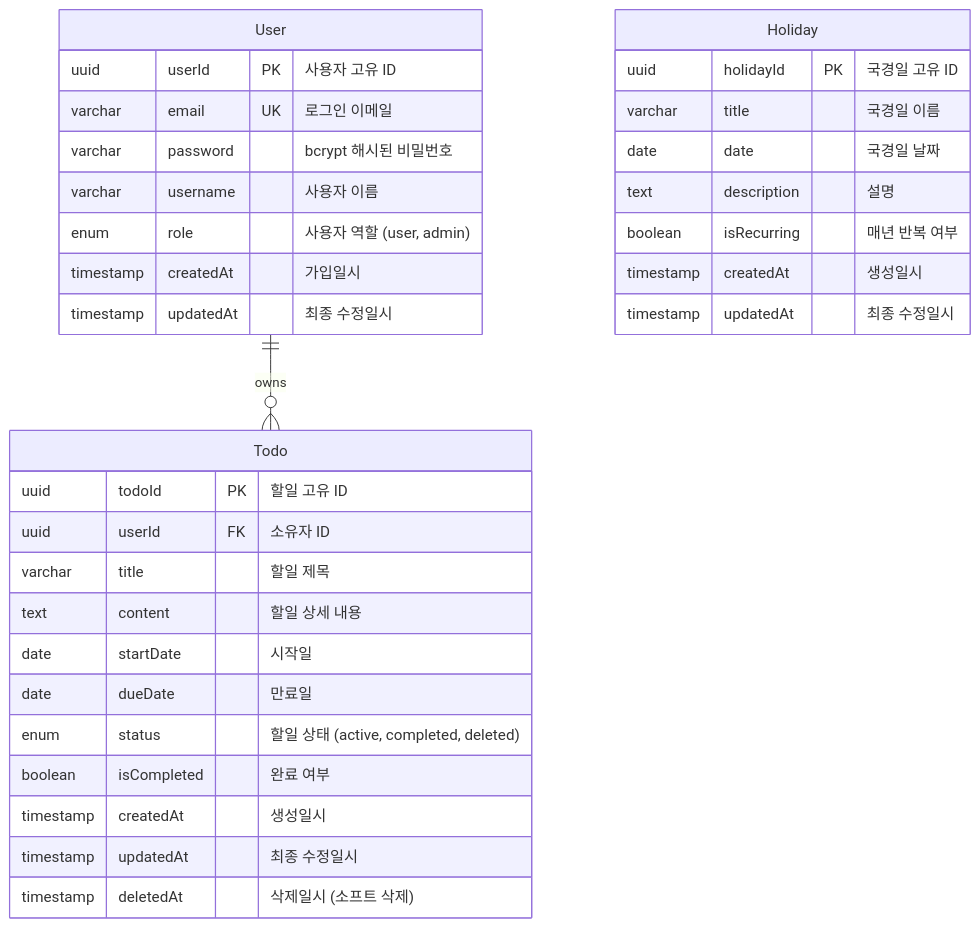
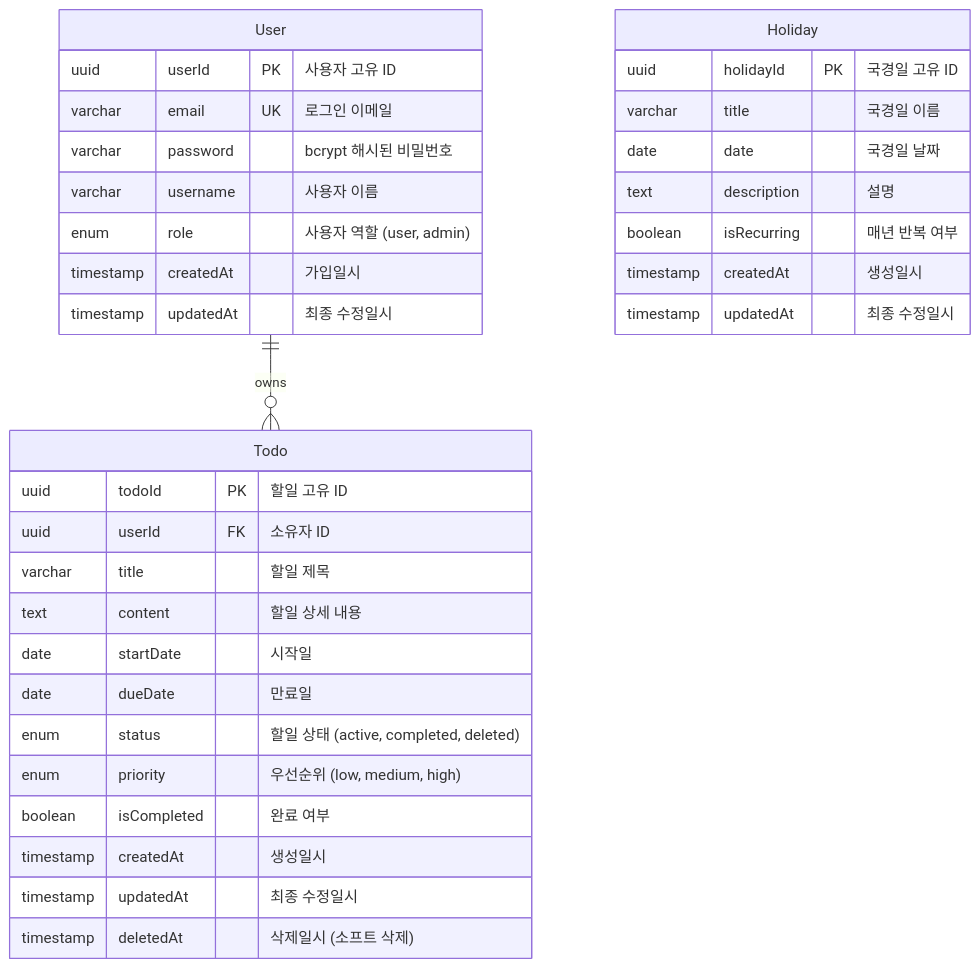
The diagram in doc/7-erd.md (lyjoo17/lyjoo-Secure-To-Do-List), drawn with Mermaid before and after one commit. The commit also changed other lines of this file and 4 other files, not shown here.

````diff
--- a/doc/7-erd.md
+++ b/doc/7-erd.md
@@ -30,38 +30,39 @@
 ```mermaid
 erDiagram
     User ||--o{ Todo : "owns"
 
     User {
         uuid userId PK "사용자 고유 ID"
         varchar email UK "로그인 이메일"
         varchar password "bcrypt 해시된 비밀번호"
         varchar username "사용자 이름"
         enum role "사용자 역할 (user, admin)"
         timestamp createdAt "가입일시"
         timestamp updatedAt "최종 수정일시"
     }
 
     Todo {
         uuid todoId PK "할일 고유 ID"
         uuid userId FK "소유자 ID"
         varchar title "할일 제목"
         text content "할일 상세 내용"
         date startDate "시작일"
         date dueDate "만료일"
         enum status "할일 상태 (active, completed, deleted)"
+        enum priority "우선순위 (low, medium, high)"
         boolean isCompleted "완료 여부"
         timestamp createdAt "생성일시"
         timestamp updatedAt "최종 수정일시"
         timestamp deletedAt "삭제일시 (소프트 삭제)"
     }
 
     Holiday {
         uuid holidayId PK "국경일 고유 ID"
         varchar title "국경일 이름"
         date date "국경일 날짜"
         text description "설명"
         boolean isRecurring "매년 반복 여부"
         timestamp createdAt "생성일시"
         timestamp updatedAt "최종 수정일시"
     }
 ```
````
